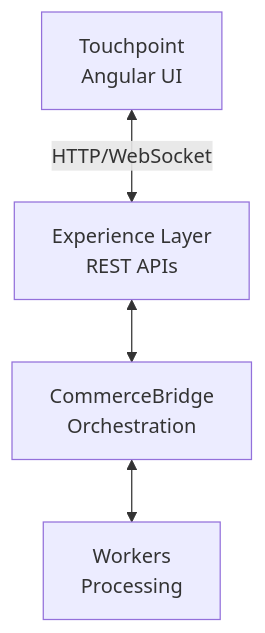
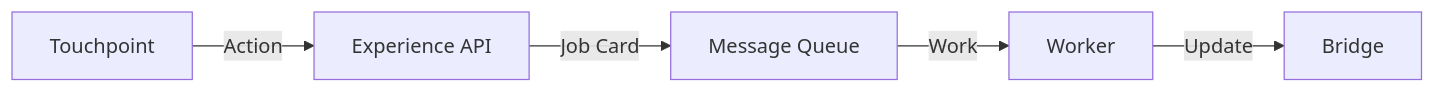
The first of 2 diagrams in docs/touchpoint/commercebridge-integration.md (codedventuresptyltd/foundry), drawn with Mermaid before and after one commit. The commit also changed other lines of this file and 7 other files, not shown here.

````diff
--- a/docs/touchpoint/commercebridge-integration.md
+++ b/docs/touchpoint/commercebridge-integration.md
@@ -11,11 +56,7 @@
 ```mermaid
-flowchart TB
-    UI[Touchpoint<br/>Angular UI]
-    EXP[Experience Layer<br/>REST APIs]
-    BRIDGE[CommerceBridge<br/>Orchestration]
-    WORKERS[Workers<br/>Processing]
-    
-    UI <-->|HTTP/WebSocket| EXP
-    EXP <--> BRIDGE
-    BRIDGE <--> WORKERS
+flowchart LR
+    UI[Touchpoint] -->|Action| API[Experience API]
+    API -->|Job Card| QUEUE[Message Queue]
+    QUEUE -->|Work| WORKER[Worker]
+    WORKER -->|Update| BRIDGE[Bridge]
 ```
````
